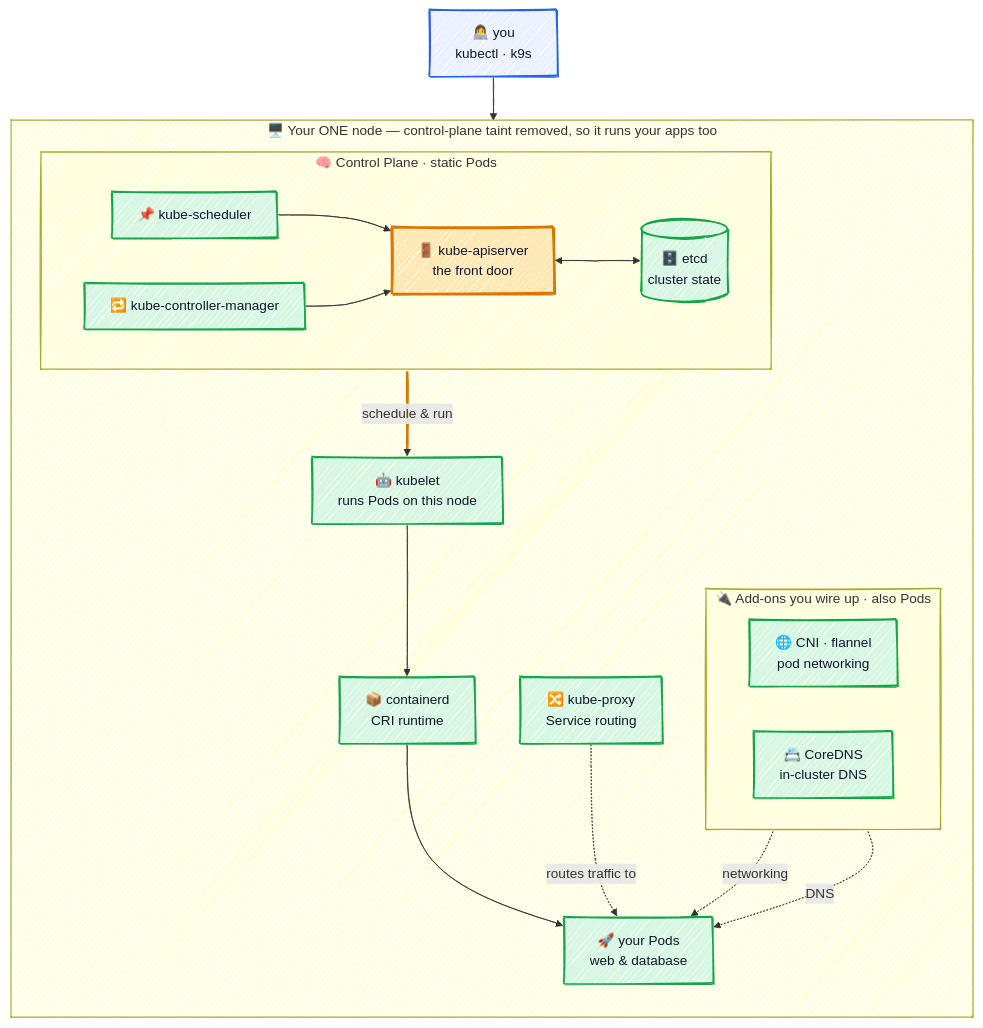
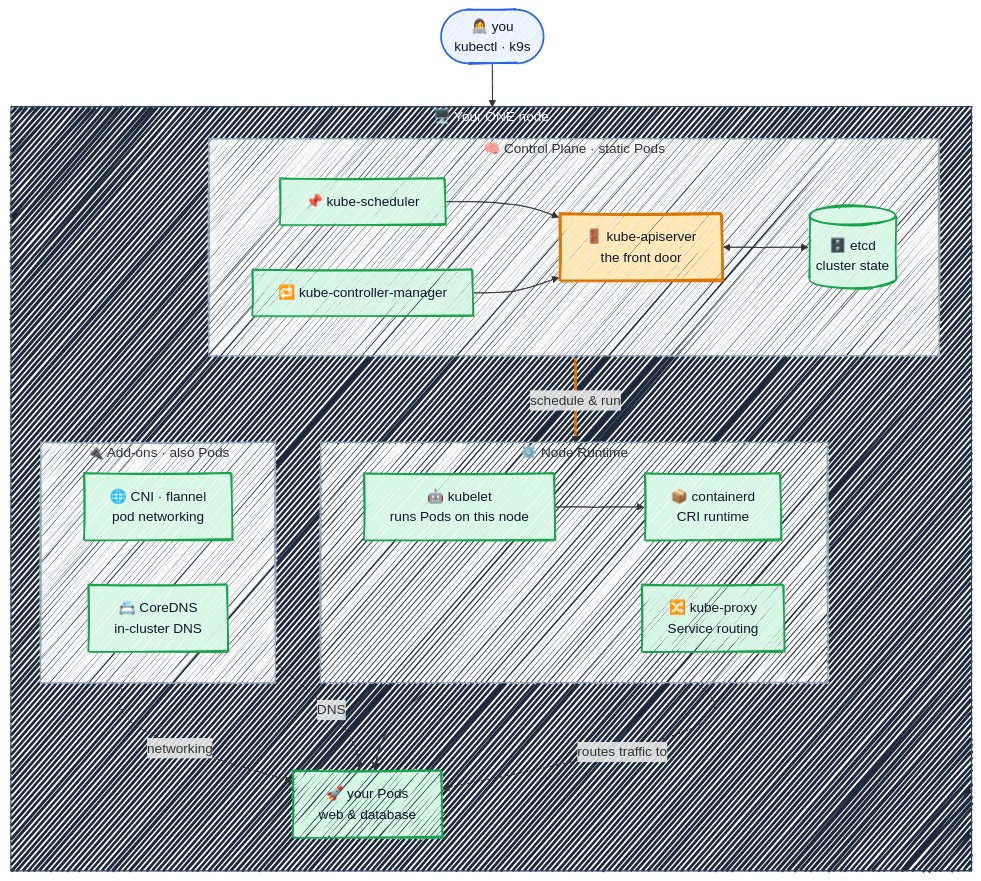
The diagram in README.md (r97221004/k8s-tutorial), drawn with Mermaid before and after one commit.

Commit message:
docs: group node runtime and restyle architecture diagram
AS IS: the node's kubelet, containerd, and kube-proxy floated loose in
the diagram, and the single-node frame blended into the page.

TO BE: group kubelet/containerd/kube-proxy into a "Node Runtime"
subgraph, give the node a dark cluster background for contrast, round the
"you" entry node, and tidy labels and edge order — so the diagram's
layering (control plane / runtime / add-ons / your Pods) reads more
clearly.

TASK # N/A

````diff
--- a/README.md
+++ b/README.md
@@ -28,49 +28,60 @@
 ```mermaid
 ---
 config:
   look: handDrawn
   theme: default
   themeVariables:
     fontFamily: '"Comic Sans MS", "Comic Sans", "Segoe Print", "Bradley Hand", cursive'
+    clusterBkg: '#FAFAFA'
+    clusterBorder: '#94A3B8'
 ---
 flowchart TB
-    you["👩‍💻 you<br/>kubectl · k9s"]
+    you(["👩‍💻 you<br/>kubectl · k9s"])
 
-    subgraph host["🖥️ Your ONE node — control-plane taint removed, so it runs your apps too"]
+    subgraph host["🖥️ Your ONE node"]
         direction TB
 
         subgraph cp["🧠 Control Plane · static Pods"]
             direction LR
-            sched["📌 kube-scheduler"] --> api
-            kcm["🔁 kube-controller-manager"] --> api
-            api["🚪 kube-apiserver<br/>the front door"] <--> etcd[("🗄️ etcd<br/>cluster state")]
+            sched["📌 kube-scheduler"]
+            kcm["🔁 kube-controller-manager"]
+            api["🚪 kube-apiserver<br/>the front door"]
+            etcd[("🗄️ etcd<br/>cluster state")]
+            sched --> api
+            kcm --> api
+            api <--> etcd
         end
 
-        kubelet["🤖 kubelet<br/>runs Pods on this node"]
-        cri["📦 containerd<br/>CRI runtime"]
-        proxy["🔀 kube-proxy<br/>Service routing"]
+        subgraph runtime["⚙️ Node Runtime"]
+            direction LR
+            kubelet["🤖 kubelet<br/>runs Pods on this node"]
+            cri["📦 containerd<br/>CRI runtime"]
+            proxy["🔀 kube-proxy<br/>Service routing"]
+        end
+
         pods["🚀 your Pods<br/>web &amp; database"]
 
-        subgraph addons["🔌 Add-ons you wire up · also Pods"]
+        subgraph addons["🔌 Add-ons · also Pods"]
             direction LR
             cni["🌐 CNI · flannel<br/>pod networking"]
             dns["📇 CoreDNS<br/>in-cluster DNS"]
         end
 
         kubelet --> cri --> pods
+        proxy -. routes traffic to .-> pods
         cni -. networking .-> pods
         dns -. DNS .-> pods
-        proxy -. routes traffic to .-> pods
     end
 
     you --> api
     api ==>|"schedule &amp; run"| kubelet
 
-    classDef ctrl fill:#EAF2FF,stroke:#2563EB,stroke-width:2px,color:#0F172A;
-    classDef eng fill:#FFE8B3,stroke:#D97706,stroke-width:3px,color:#0F172A;
-    classDef tgt fill:#D7F7E6,stroke:#16A34A,stroke-width:2px,color:#0F172A;
-    class you ctrl;
-    class api eng;
-    class etcd,sched,kcm,kubelet,proxy,cri,pods,cni,dns tgt;
-    linkStyle 9 stroke:#D97706,stroke-width:3px;
+    classDef ctrl fill:#EAF2FF,stroke:#2563EB,stroke-width:2px,color:#0F172A
+    classDef eng fill:#FFE8B3,stroke:#D97706,stroke-width:3px,color:#0F172A
+    classDef tgt fill:#D7F7E6,stroke:#16A34A,stroke-width:2px,color:#0F172A
+    class you ctrl
+    class api eng
+    class etcd,sched,kcm,kubelet,proxy,cri,pods,cni,dns tgt
+    linkStyle 9 stroke:#D97706,stroke-width:3px
+    style host fill:#1E293B,stroke:#334155,color:#F1F5F9
 ```
````
